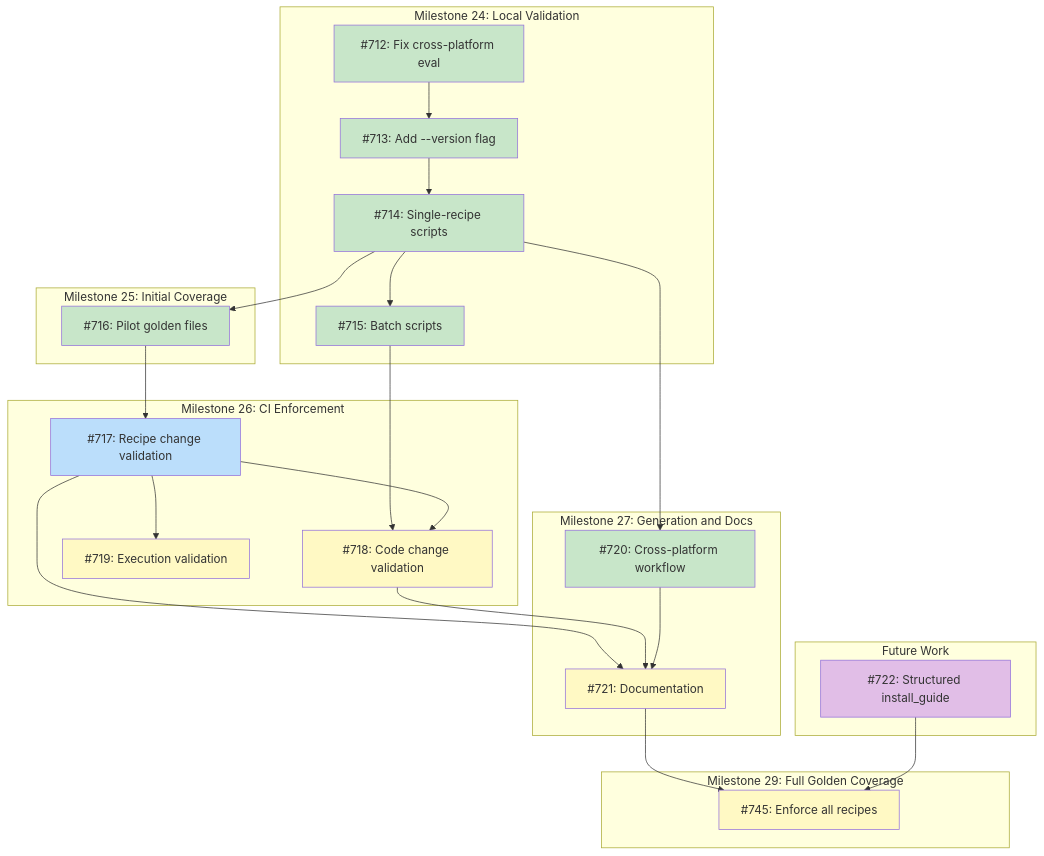
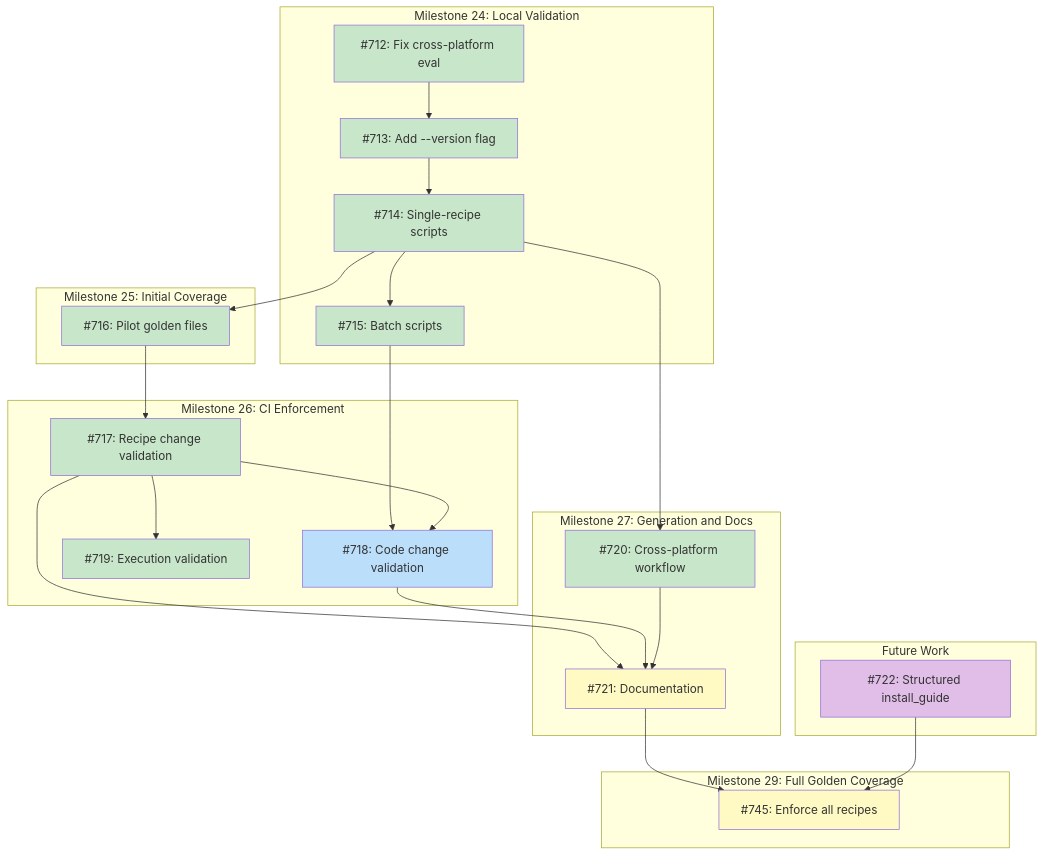
The diagram in docs/DESIGN-golden-plan-testing.md (tsukumogami/tsuku), drawn with Mermaid before and after one commit. The commit also changed other lines of this file and 15 other files, not shown here.

````diff
--- a/docs/DESIGN-golden-plan-testing.md
+++ b/docs/DESIGN-golden-plan-testing.md
@@ -48,57 +48,57 @@
 ```mermaid
 graph TD
     subgraph M24["Milestone 24: Local Validation"]
         I712["#712: Fix cross-platform eval"]
         I713["#713: Add --version flag"]
         I714["#714: Single-recipe scripts"]
         I715["#715: Batch scripts"]
     end
 
     subgraph M25["Milestone 25: Initial Coverage"]
         I716["#716: Pilot golden files"]
     end
 
     subgraph M26["Milestone 26: CI Enforcement"]
         I717["#717: Recipe change validation"]
         I718["#718: Code change validation"]
         I719["#719: Execution validation"]
     end
 
     subgraph M27["Milestone 27: Generation and Docs"]
         I720["#720: Cross-platform workflow"]
         I721["#721: Documentation"]
     end
 
     subgraph M29["Milestone 29: Full Golden Coverage"]
         I745["#745: Enforce all recipes"]
     end
 
     subgraph Future["Future Work"]
         I722["#722: Structured install_guide"]
     end
 
     I712 --> I713
     I713 --> I714
     I714 --> I715
     I714 --> I716
     I714 --> I720
     I716 --> I717
     I715 --> I718
     I717 --> I718
     I717 --> I719
     I717 --> I721
     I718 --> I721
     I720 --> I721
     I721 --> I745
     I722 --> I745
 
     classDef done fill:#c8e6c9
     classDef ready fill:#bbdefb
     classDef blocked fill:#fff9c4
     classDef needsDesign fill:#e1bee7
 
-    class I712,I713,I714,I715,I716,I720 done
-    class I717 ready
-    class I718,I719,I721,I745 blocked
+    class I712,I713,I714,I715,I716,I717,I719,I720 done
+    class I718 ready
+    class I721,I745 blocked
     class I722 needsDesign
 ```
````
